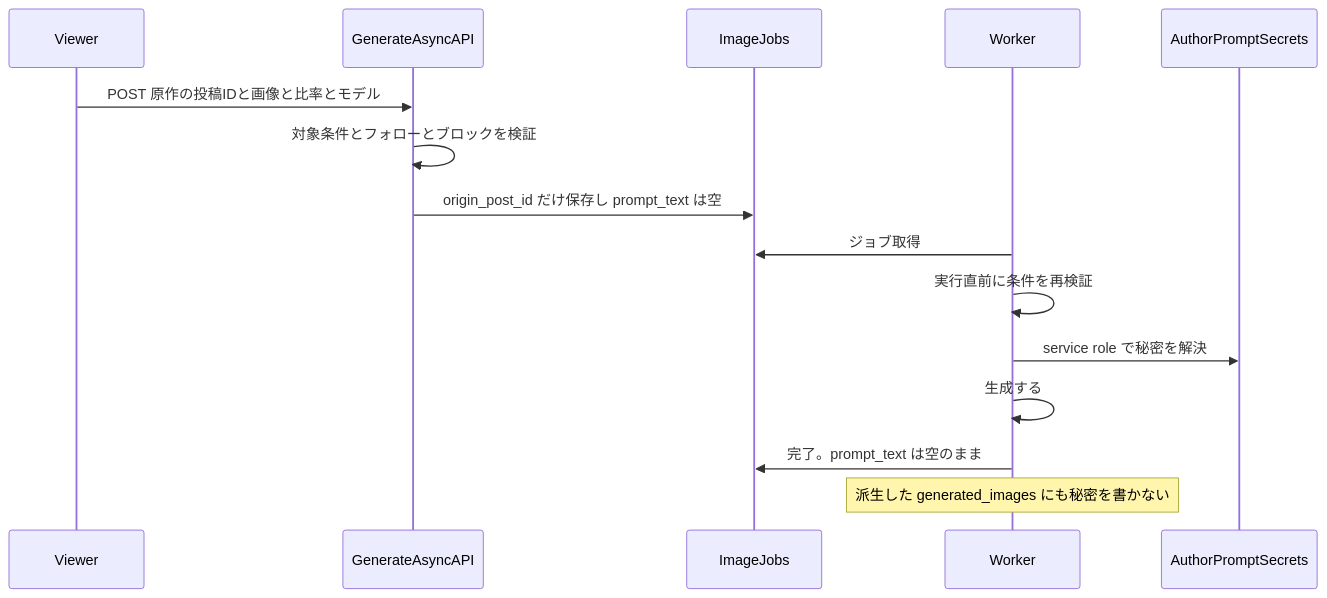
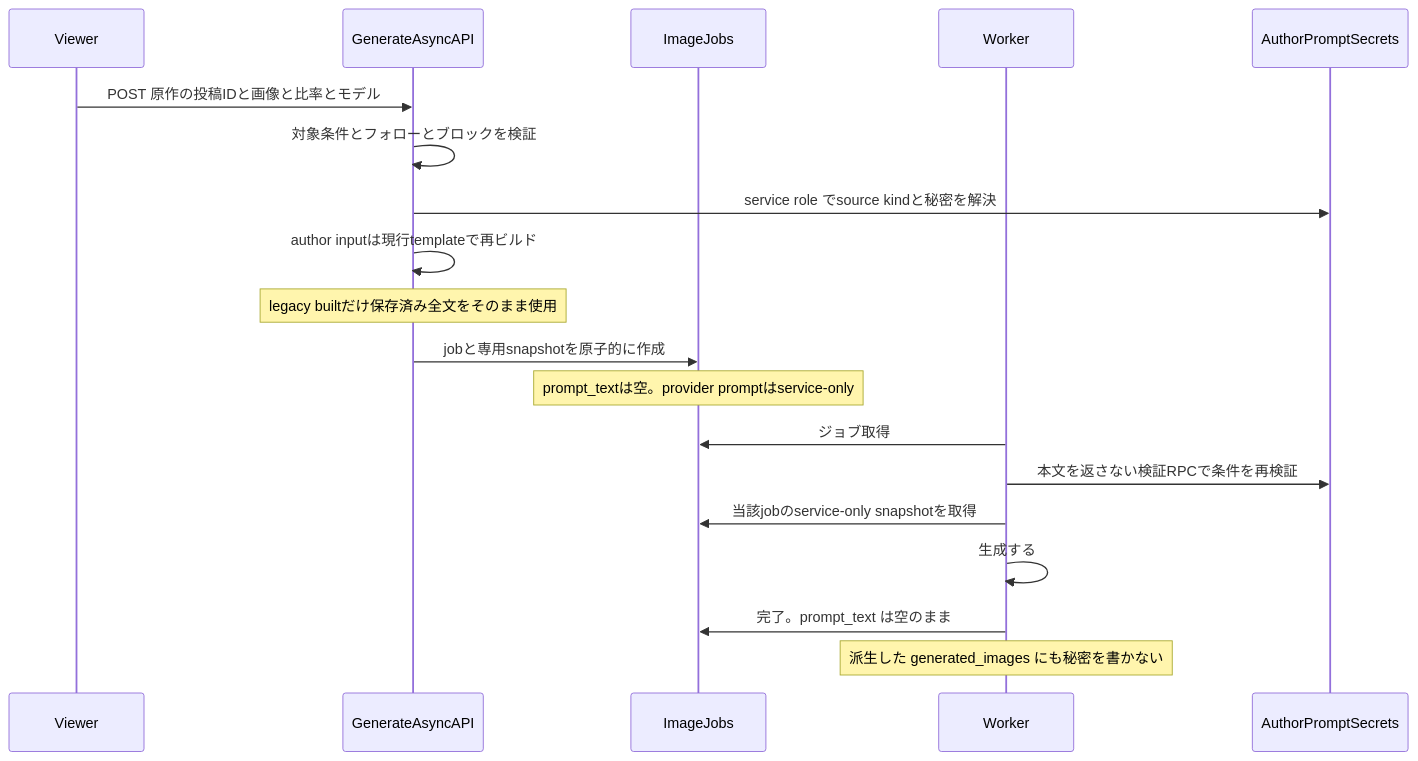
The third of 6 diagrams in docs/planning/free-prompt-private-mode-implementation-plan.md (3balljugglerYu/ai_coordinate), drawn with Mermaid before and after one commit. The commit also changed other lines of this file, not shown here.

Commit message:
docs(plan): address private prompt follow-up review

````diff
--- a/docs/planning/free-prompt-private-mode-implementation-plan.md
+++ b/docs/planning/free-prompt-private-mode-implementation-plan.md
@@ -223,17 +235,21 @@
 ```mermaid
 sequenceDiagram
     participant U as Viewer
     participant API as GenerateAsyncAPI
     participant J as ImageJobs
     participant W as Worker
     participant S as AuthorPromptSecrets
     U->>API: POST 原作の投稿IDと画像と比率とモデル
     API->>API: 対象条件とフォローとブロックを検証
-    API->>J: origin_post_id だけ保存し prompt_text は空
+    API->>S: service role でsource kindと秘密を解決
+    API->>API: author inputは現行templateで再ビルド
+    Note over API: legacy builtだけ保存済み全文をそのまま使用
+    API->>J: jobと専用snapshotを原子的に作成
+    Note over J: prompt_textは空。provider promptはservice-only
     W->>J: ジョブ取得
-    W->>W: 実行直前に条件を再検証
-    W->>S: service role で秘密を解決
+    W->>S: 本文を返さない検証RPCで条件を再検証
+    W->>J: 当該jobのservice-only snapshotを取得
     W->>W: 生成する
     W->>J: 完了。prompt_text は空のまま
     Note over W: 派生した generated_images にも秘密を書かない
 ```
````
